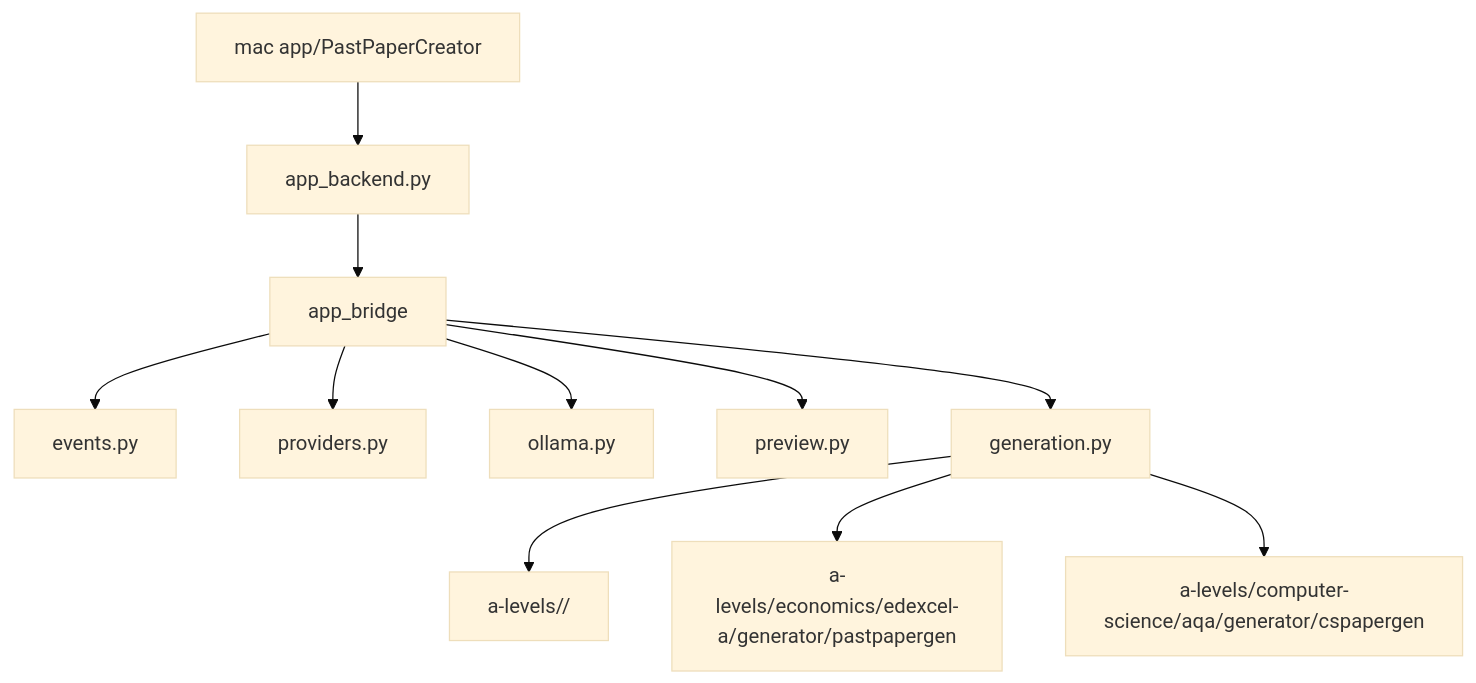
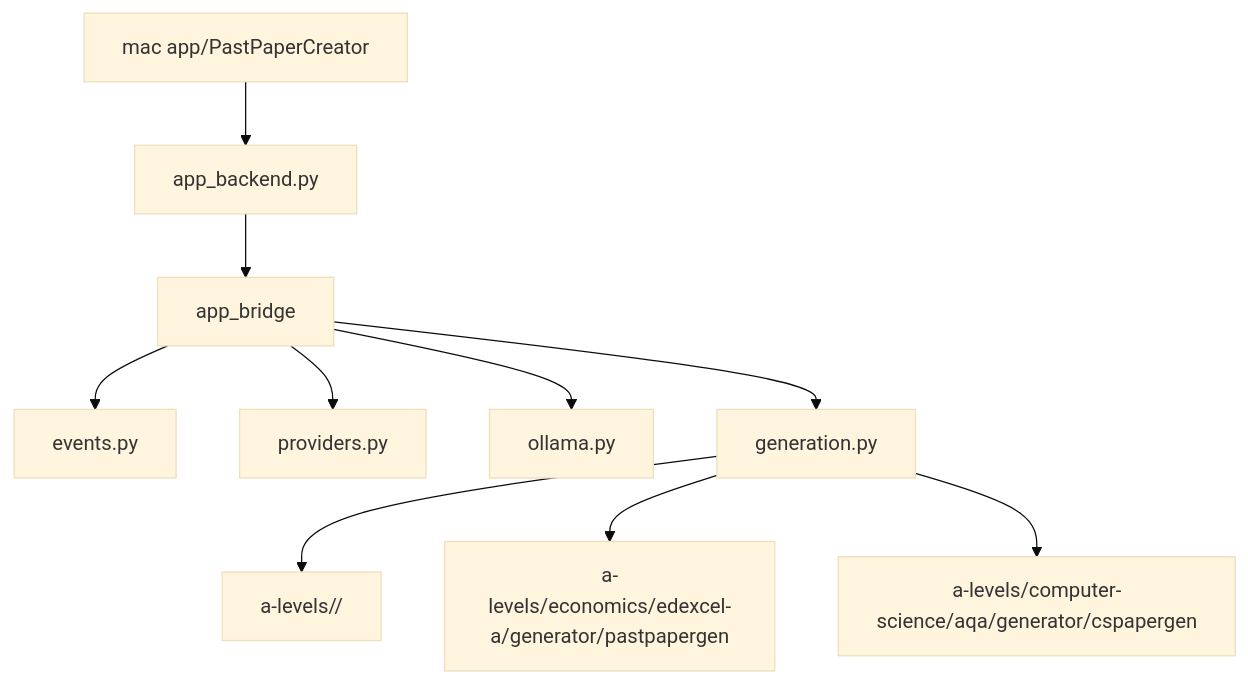
One commit to james8464/Past-paper-generation changed the diagram in README.md. Above: the diagram before and after it, drawn with Mermaid (base theme). The commit also changed other lines of this file and 11 other files, not shown here.

````diff
--- a/README.md
+++ b/README.md
@@ -18,13 +18,12 @@
 ```mermaid
 flowchart TD
   App["mac app/PastPaperCreator"] --> Shim["app_backend.py"]
   Shim --> Bridge["app_bridge"]
   Bridge --> Events["events.py"]
   Bridge --> Providers["providers.py"]
   Bridge --> Ollama["ollama.py"]
-  Bridge --> Preview["preview.py"]
   Bridge --> Generation["generation.py"]
   Generation --> Packs["a-levels/<subject>/<board>"]
   Generation --> Econ["a-levels/economics/edexcel-a/generator/pastpapergen"]
   Generation --> CS["a-levels/computer-science/aqa/generator/cspapergen"]
 ```
````
